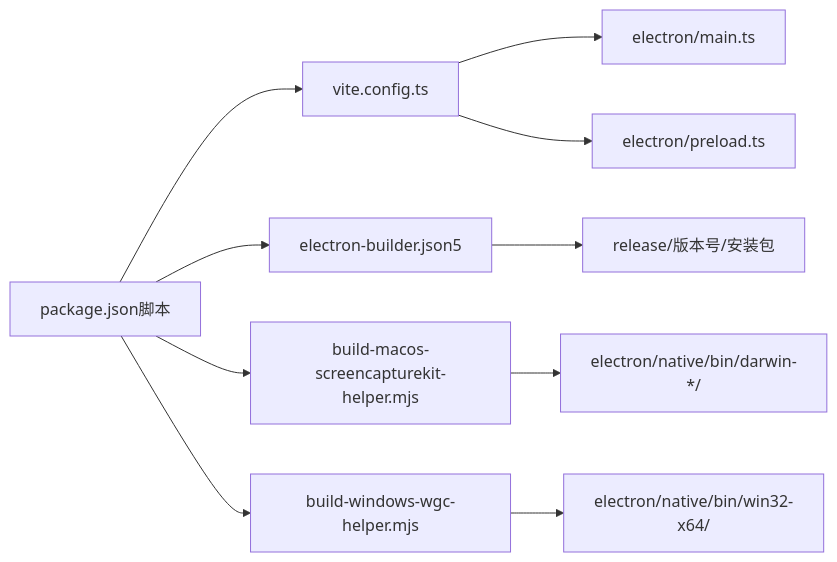
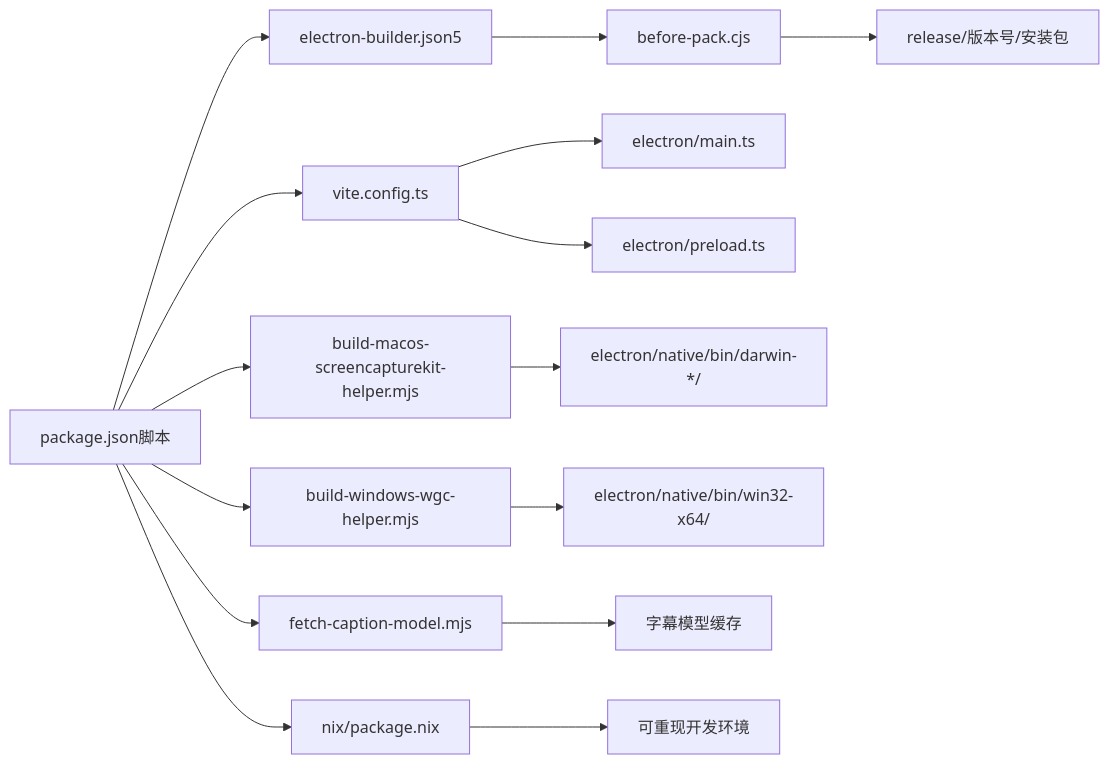
One commit to zhanggmin/openscreen changed the tenth of 10 diagrams in .qoder/repowiki/zh/content/构建与部署.md. Above: the diagram before and after it, drawn with Mermaid. The commit also changed other lines of this file and 68 other files, not shown here.

Commit message:
开发图文编辑功能

````diff
--- a/.qoder/repowiki/zh/content/构建与部署.md
+++ b/.qoder/repowiki/zh/content/构建与部署.md
@@ -283,12 +397,17 @@
 ```mermaid
 graph LR
 P["package.json脚本"] --> V["vite.config.ts"]
 P --> B["electron-builder.json5"]
+P --> S1["build-macos-screencapturekit-helper.mjs"]
+P --> S2["build-windows-wgc-helper.mjs"]
+P --> S3["fetch-caption-model.mjs"]
+P --> N["nix/package.nix"]
+B --> BP["before-pack.cjs"]
 V --> M["electron/main.ts"]
 V --> PL["electron/preload.ts"]
-P --> S1["build-macos-screencapturekit-helper.mjs"]
-P --> S2["build-windows-wgc-helper.mjs"]
-B --> R["release/版本号/安装包"]
+BP --> R["release/版本号/安装包"]
 S1 --> BIN1["electron/native/bin/darwin-*/"]
 S2 --> BIN2["electron/native/bin/win32-x64/"]
+S3 --> CM["字幕模型缓存"]
+N --> ENV["可重现开发环境"]
 ```
````
